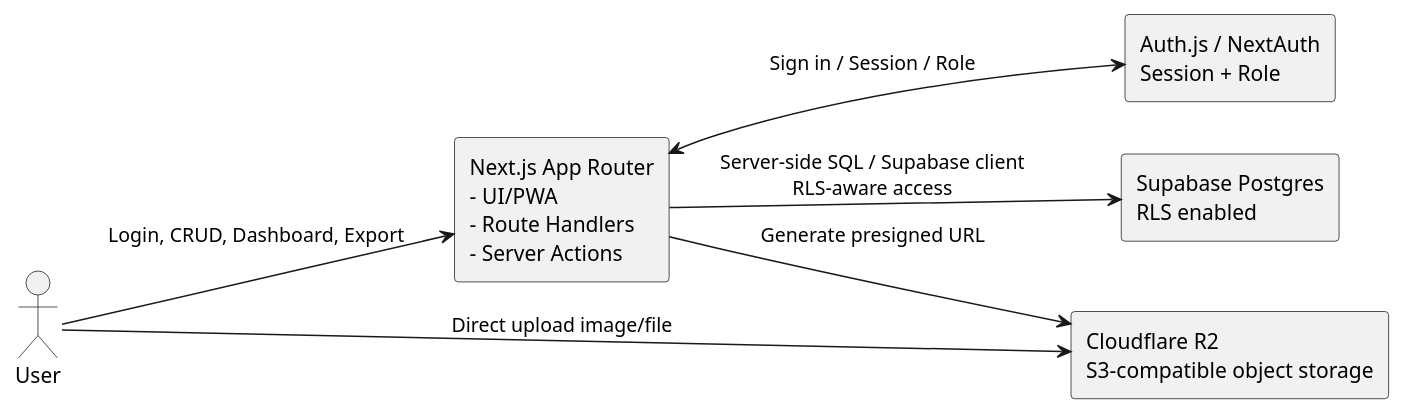
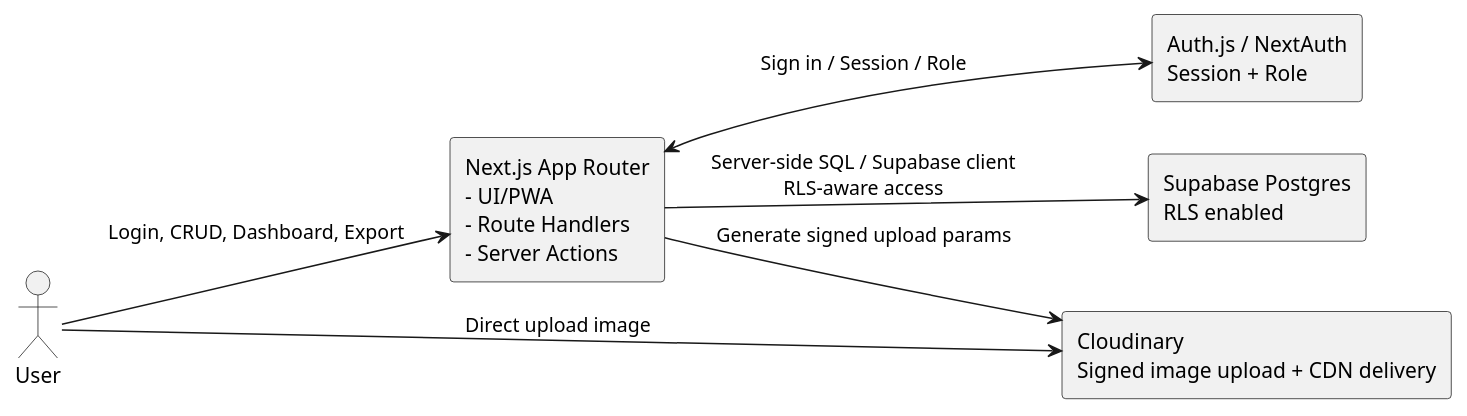
Before and after one commit to thienchi2109/lab-management: the first of 2 diagrams in original_specs/SPEC-001-NextJS-MVP-Phased-Roadmap.md, drawn with PlantUML. The commit also changed other lines of this file and 13 other files, not shown here.

````diff
--- a/original_specs/SPEC-001-NextJS-MVP-Phased-Roadmap.md
+++ b/original_specs/SPEC-001-NextJS-MVP-Phased-Roadmap.md
@@ -150,18 +150,18 @@
 ```plantuml
 @startuml
 left to right direction
 skinparam componentStyle rectangle
 
 actor User as U
 component "Next.js App Router\n- UI/PWA\n- Route Handlers\n- Server Actions" as APP
 component "Auth.js / NextAuth\nSession + Role" as AUTH
 component "Supabase Postgres\nRLS enabled" as PG
-component "Cloudflare R2\nS3-compatible object storage" as R2
+component "Cloudinary\nSigned image upload + CDN delivery" as CLD
 
 U --> APP : Login, CRUD, Dashboard, Export
 APP <--> AUTH : Sign in / Session / Role
 APP --> PG : Server-side SQL / Supabase client\nRLS-aware access
-APP --> R2 : Generate presigned URL
-U --> R2 : Direct upload image/file
+APP --> CLD : Generate signed upload params
+U --> CLD : Direct upload image
 @enduml
 ```
````
